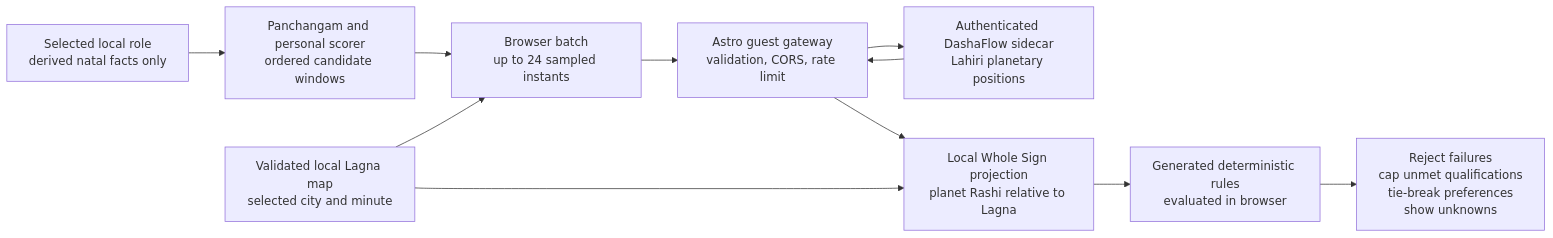
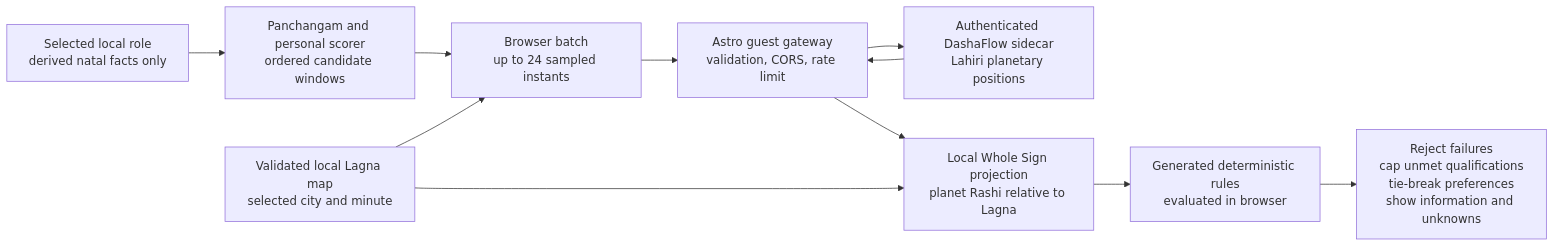
The diagram in docs/reference/54-muhurtam-election-chart-screening.md (socraticsurge/telugu-calendar-utilities), drawn with Mermaid before and after one commit. The commit also changed other lines of this file and 65 other files, not shown here.

Commit message:
feat: complete Court filing chart assessor

````diff
--- a/docs/reference/54-muhurtam-election-chart-screening.md
+++ b/docs/reference/54-muhurtam-election-chart-screening.md
@@ -41,17 +41,17 @@
 ```mermaid
 flowchart LR
     BASE["Panchangam and personal scorer<br/>ordered candidate windows"]
     ROLE["Selected local role<br/>derived natal facts only"]
     BATCH["Browser batch<br/>up to 24 sampled instants"]
     GATE["Astro guest gateway<br/>validation, CORS, rate limit"]
     SIDE["Authenticated DashaFlow sidecar<br/>Lahiri planetary positions"]
     LAGNA["Validated local Lagna map<br/>selected city and minute"]
     PROJECT["Local Whole Sign projection<br/>planet Rashi relative to Lagna"]
     RULES["Generated deterministic rules<br/>evaluated in browser"]
-    OUT["Reject failures<br/>cap unmet qualifications<br/>tie-break preferences<br/>show unknowns"]
+    OUT["Reject failures<br/>cap unmet qualifications<br/>tie-break preferences<br/>show information and unknowns"]
 
     ROLE --> BASE
     BASE --> BATCH --> GATE --> SIDE --> GATE --> PROJECT --> RULES --> OUT
     LAGNA --> BATCH
     LAGNA --> PROJECT
 ```
````
